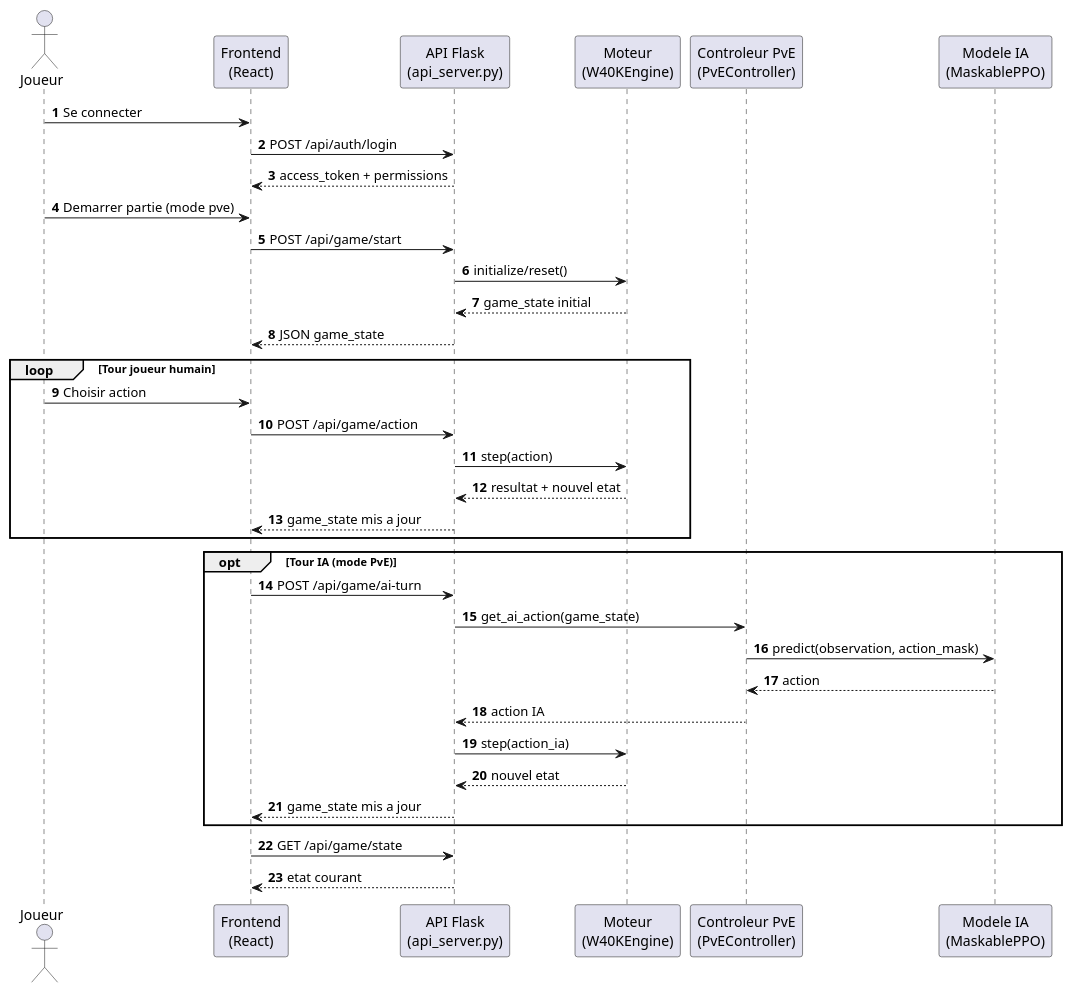
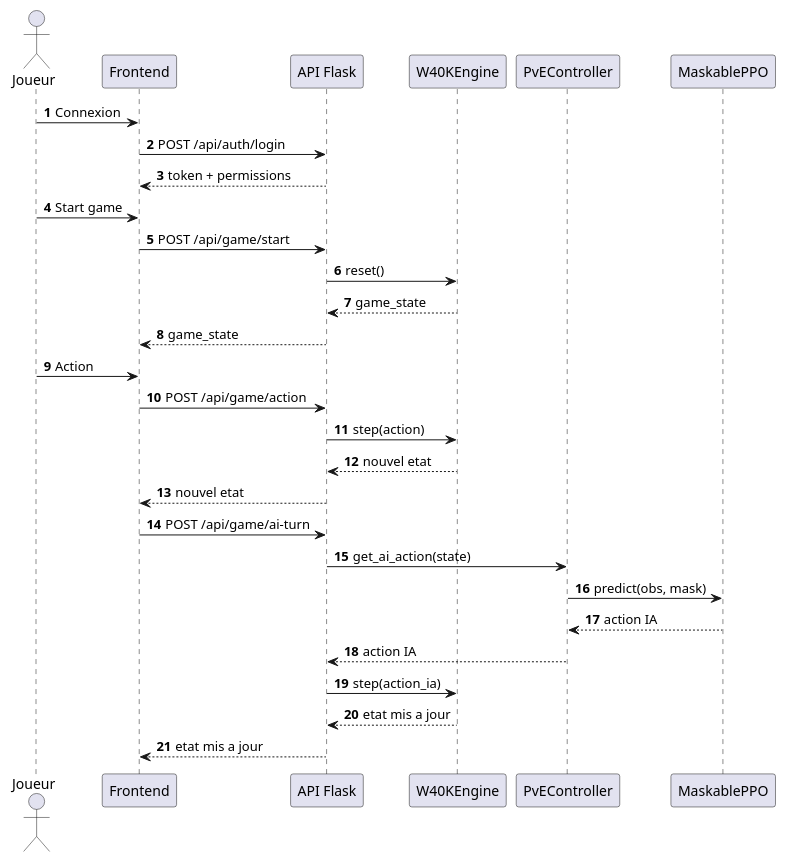
Before and after one commit to GregSQT/40k: the second of 2 diagrams in Documentation/Memoire/memoire.md, drawn with PlantUML. The commit also changed other lines of this file and 27 other files, not shown here.

````diff
--- a/Documentation/Memoire/memoire.md
+++ b/Documentation/Memoire/memoire.md
@@ -268,44 +190,36 @@
 ```plantuml
 @startuml
 autonumber
+actor Joueur
+participant "Frontend" as FE
+participant "API Flask" as API
+participant "W40KEngine" as ENG
+participant "PvEController" as PVE
+participant "MaskablePPO" as MODEL
 
-actor Joueur
-participant "Frontend\n(React)" as FE
-participant "API Flask\n(api_server.py)" as API
-participant "Moteur\n(W40KEngine)" as ENG
-participant "Controleur PvE\n(PvEController)" as PVE
-participant "Modele IA\n(MaskablePPO)" as MODEL
+Joueur -> FE : Connexion
+FE -> API : POST /api/auth/login
+API --> FE : token + permissions
 
-Joueur -> FE : Se connecter
-FE -> API : POST /api/auth/login
-API --> FE : access_token + permissions
+Joueur -> FE : Start game
+FE -> API : POST /api/game/start
+API -> ENG : reset()
+ENG --> API : game_state
+API --> FE : game_state
 
-Joueur -> FE : Demarrer partie (mode pve)
-FE -> API : POST /api/game/start
-API -> ENG : initialize/reset()
-ENG --> API : game_state initial
-API --> FE : JSON game_state
+Joueur -> FE : Action
+FE -> API : POST /api/game/action
+API -> ENG : step(action)
+ENG --> API : nouvel etat
+API --> FE : nouvel etat
 
-loop Tour joueur humain
-  Joueur -> FE : Choisir action
-  FE -> API : POST /api/game/action
-  API -> ENG : step(action)
-  ENG --> API : resultat + nouvel etat
-  API --> FE : game_state mis a jour
-end
-
-opt Tour IA (mode PvE)
-  FE -> API : POST /api/game/ai-turn
-  API -> PVE : get_ai_action(game_state)
-  PVE -> MODEL : predict(observation, action_mask)
-  MODEL --> PVE : action
-  PVE --> API : action IA
-  API -> ENG : step(action_ia)
-  ENG --> API : nouvel etat
-  API --> FE : game_state mis a jour
-end
-
-FE -> API : GET /api/game/state
-API --> FE : etat courant
+FE -> API : POST /api/game/ai-turn
+API -> PVE : get_ai_action(state)
+PVE -> MODEL : predict(obs, mask)
+MODEL --> PVE : action IA
+PVE --> API : action IA
+API -> ENG : step(action_ia)
+ENG --> API : etat mis a jour
+API --> FE : etat mis a jour
 @enduml
 ```
````
